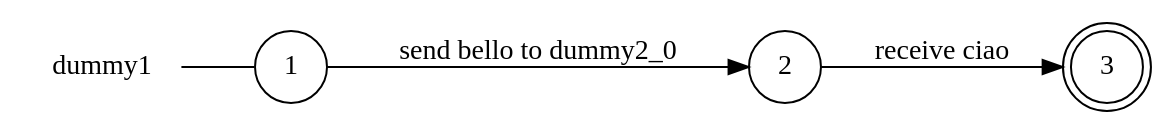
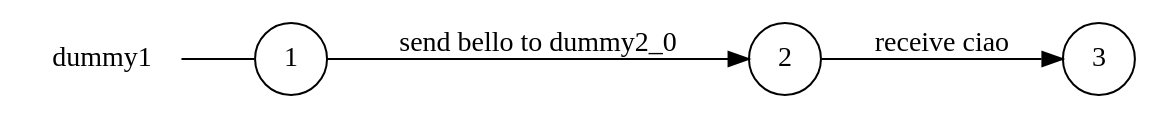
One commit to gabrielegenovese/chorer changed the diagram in examples/async/dummy1_local_view.dot. Above: the diagram before and after it, drawn with Graphviz. The commit also changed 33 other files, not shown here.

```diff
--- a/examples/async/dummy1_local_view.dot
+++ b/examples/async/dummy1_local_view.dot
@@ -1,11 +1,11 @@
 digraph dummy1 {
 	rankdir="LR";
 	n_0 [label="dummy1", shape="plaintext"];
 	n_1 [id="1", shape=circle, label="1"];
 	n_0 -> n_1 [arrowhead=none];
 	n_2 [id="2", shape=circle, label="2"];
-	n_3 [id="3", shape=doublecircle, label="3"];
+	n_3 [id="3", shape=circle, label="3"];
 
+	n_1 -> n_2 [id="[$e|1]", label="send bello to dummy2_0"];
 	n_2 -> n_3 [id="[$e|0]", label="receive ciao"];
-	n_1 -> n_2 [id="[$e|1]", label="send bello to dummy2_0"];
 }
```
